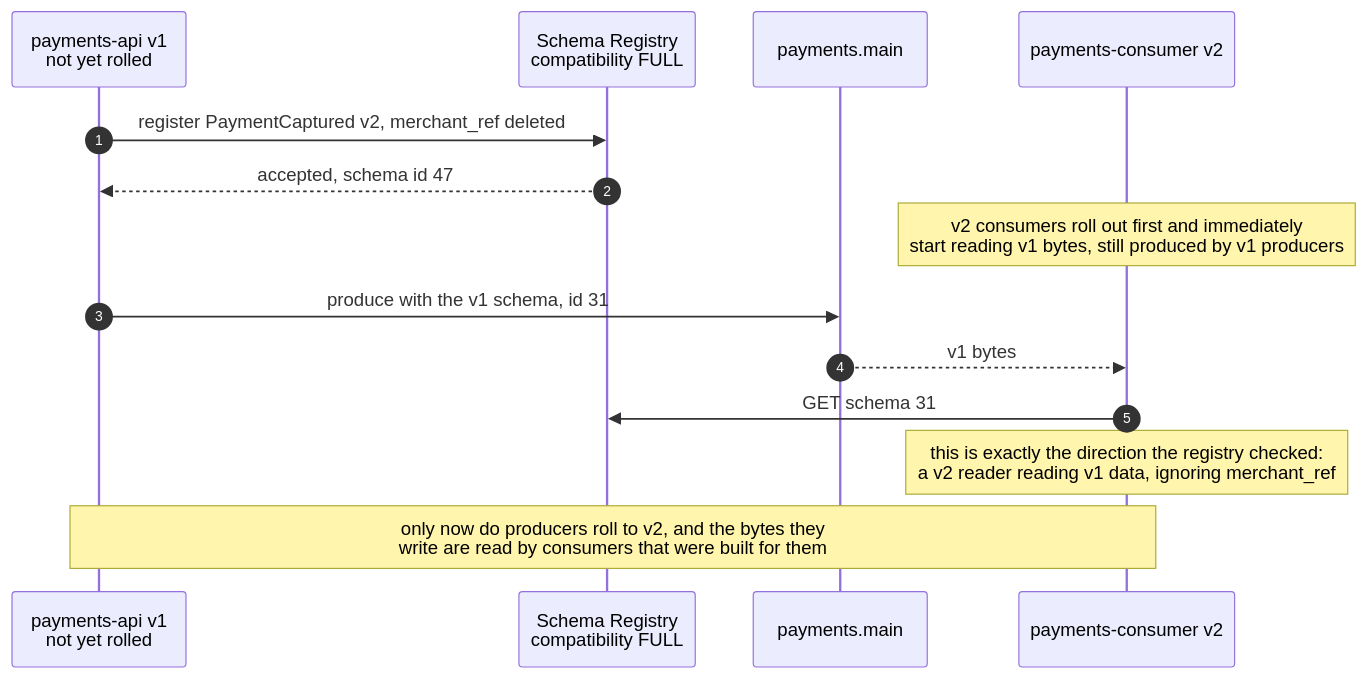
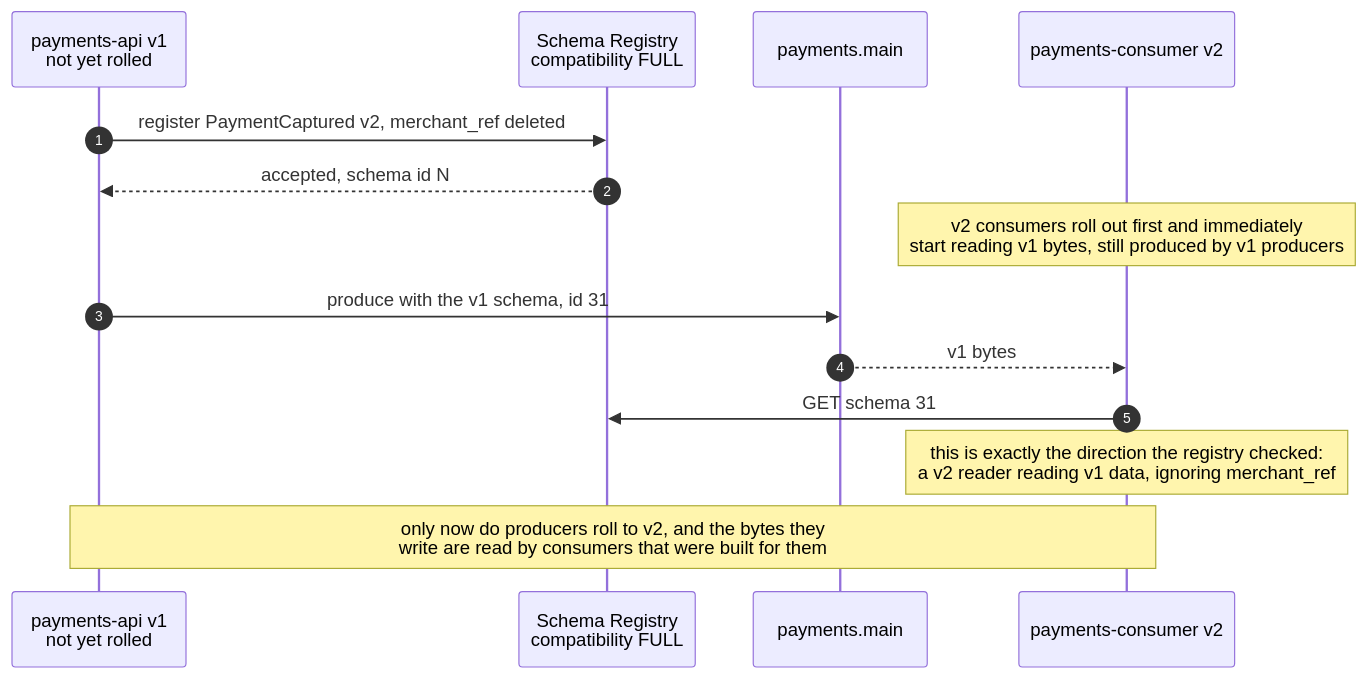
One commit to DmytroLysenko1/Kafka-lab changed the second of 3 diagrams in docs/static/09-schema-evolution.md. Above: the diagram before and after it, drawn with Mermaid. The commit also changed other lines of this file and 36 other files, not shown here.

````diff
--- a/docs/static/09-schema-evolution.md
+++ b/docs/static/09-schema-evolution.md
@@ -52,19 +52,19 @@
 ```mermaid
 sequenceDiagram
     autonumber
     participant P as payments-api v1<br/>not yet rolled
     participant SR as Schema Registry<br/>compatibility FULL
     participant T as payments.main
     participant C2 as payments-consumer v2
 
     P->>SR: register PaymentCaptured v2, merchant_ref deleted
-    SR-->>P: accepted, schema id 47
+    SR-->>P: accepted, schema id N
 
     Note over C2: v2 consumers roll out first and immediately<br/>start reading v1 bytes, still produced by v1 producers
     P->>T: produce with the v1 schema, id 31
     T-->>C2: v1 bytes
     C2->>SR: GET schema 31
     Note over C2: this is exactly the direction the registry checked:<br/>a v2 reader reading v1 data, ignoring merchant_ref
 
     Note over P,C2: only now do producers roll to v2, and the bytes they<br/>write are read by consumers that were built for them
 ```
````
